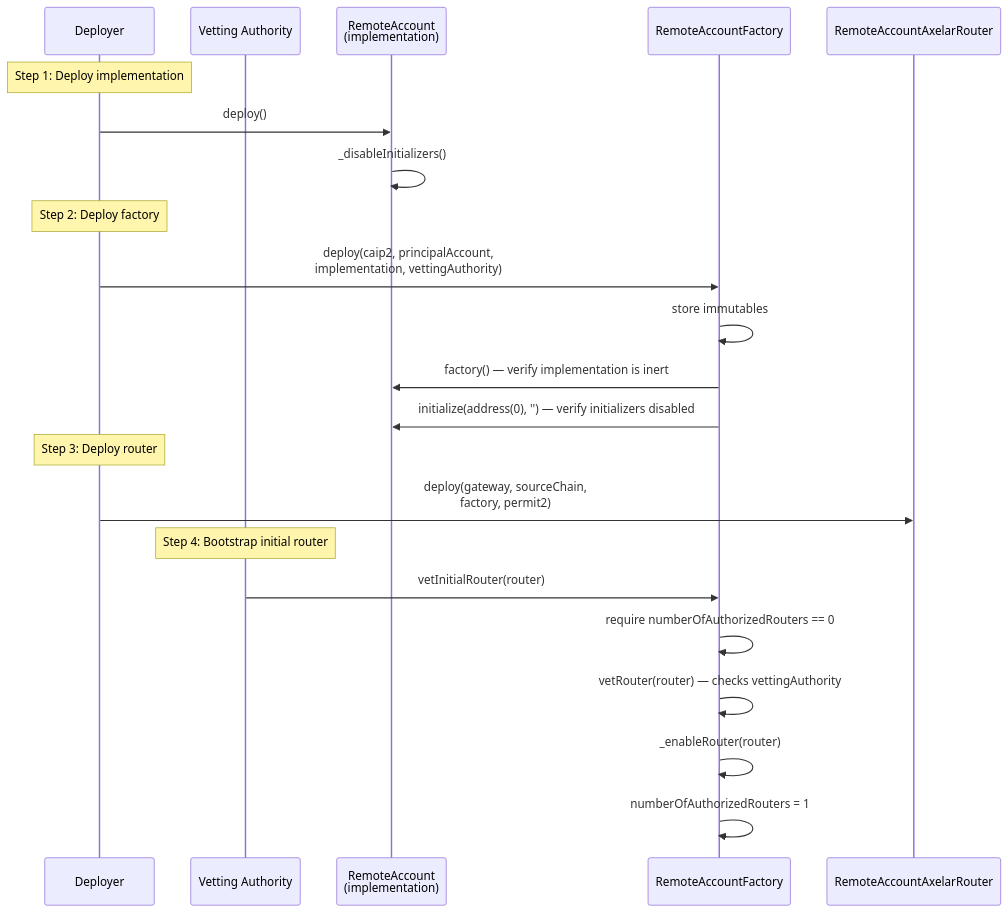
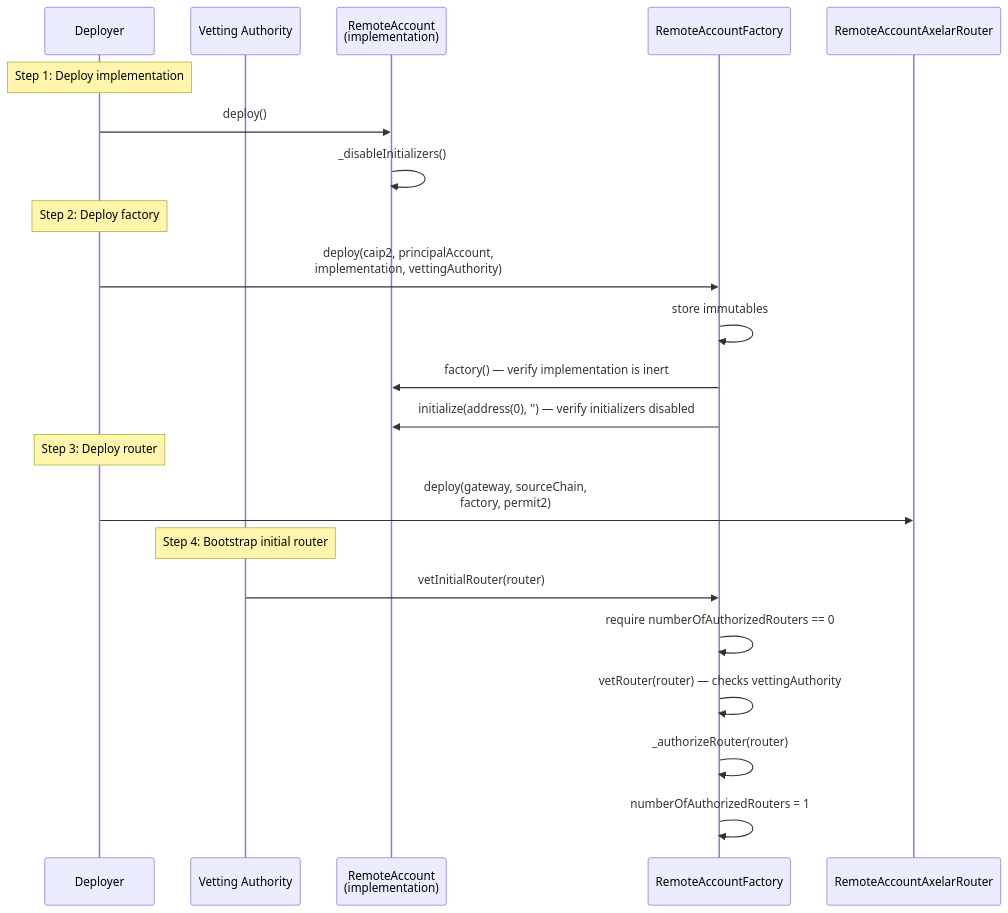
One commit to agoric-labs/agoric-to-axelar-local changed the seventh of 10 diagrams in packages/axelar-local-dev-cosmos/src/contracts/design.md. Above: the diagram before and after it, drawn with Mermaid. The commit also changed other lines of this file and 10 other files, not shown here.

Commit message:
chore: enable/disable/revoke -> authorize/deauthorize/unvet

````diff
--- a/packages/axelar-local-dev-cosmos/src/contracts/design.md
+++ b/packages/axelar-local-dev-cosmos/src/contracts/design.md
@@ -500,28 +500,28 @@
 ```mermaid
 sequenceDiagram
     participant D as Deployer
     participant V as Vetting Authority
     participant RA_IMPL as RemoteAccount<br/>(implementation)
     participant RAF as RemoteAccountFactory
     participant R as RemoteAccountAxelarRouter
 
     Note over D: Step 1: Deploy implementation
     D->>RA_IMPL: deploy()
     RA_IMPL->>RA_IMPL: _disableInitializers()
 
     Note over D: Step 2: Deploy factory
     D->>RAF: deploy(caip2, principalAccount,<br>implementation, vettingAuthority)
     RAF->>RAF: store immutables
     RAF->>RA_IMPL: factory() — verify implementation is inert
     RAF->>RA_IMPL: initialize(address(0), '') — verify initializers disabled
 
     Note over D: Step 3: Deploy router
     D->>R: deploy(gateway, sourceChain,<br>factory, permit2)
 
     Note over V: Step 4: Bootstrap initial router
     V->>RAF: vetInitialRouter(router)
     RAF->>RAF: require numberOfAuthorizedRouters == 0
     RAF->>RAF: vetRouter(router) — checks vettingAuthority
-    RAF->>RAF: _enableRouter(router)
+    RAF->>RAF: _authorizeRouter(router)
     RAF->>RAF: numberOfAuthorizedRouters = 1
 ```
````
